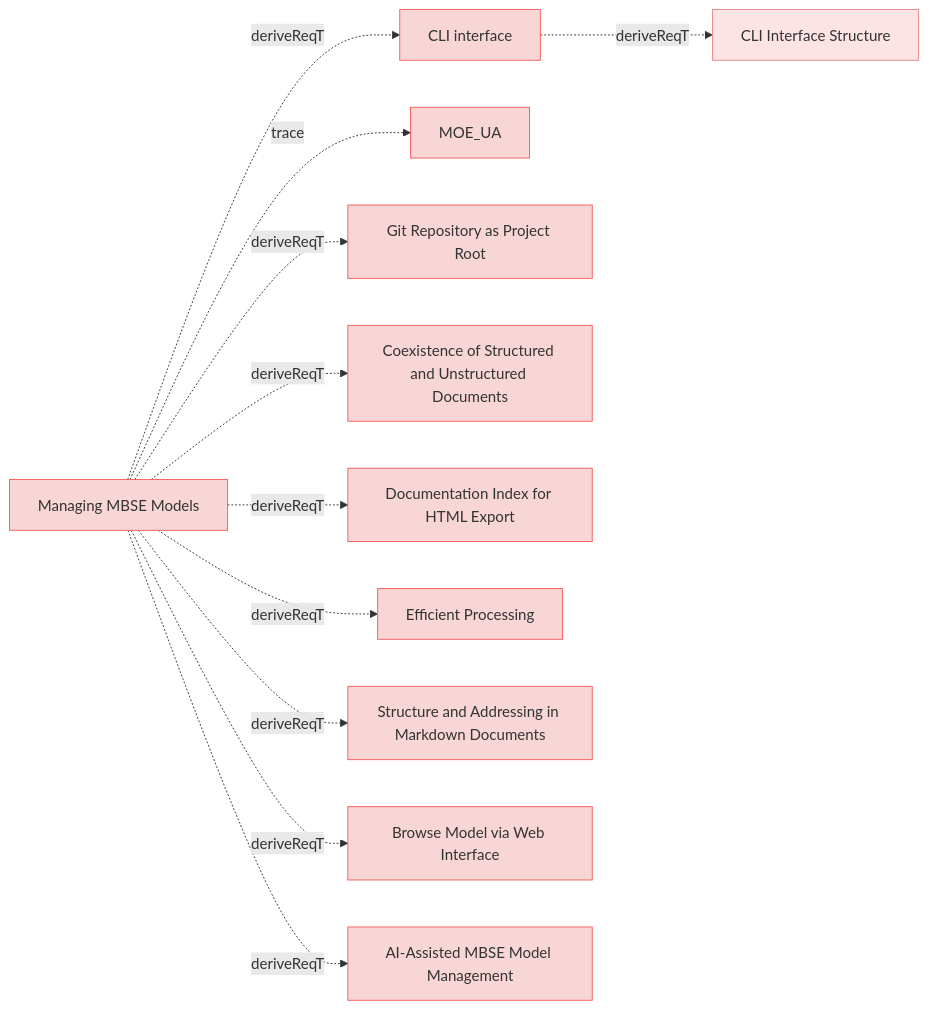
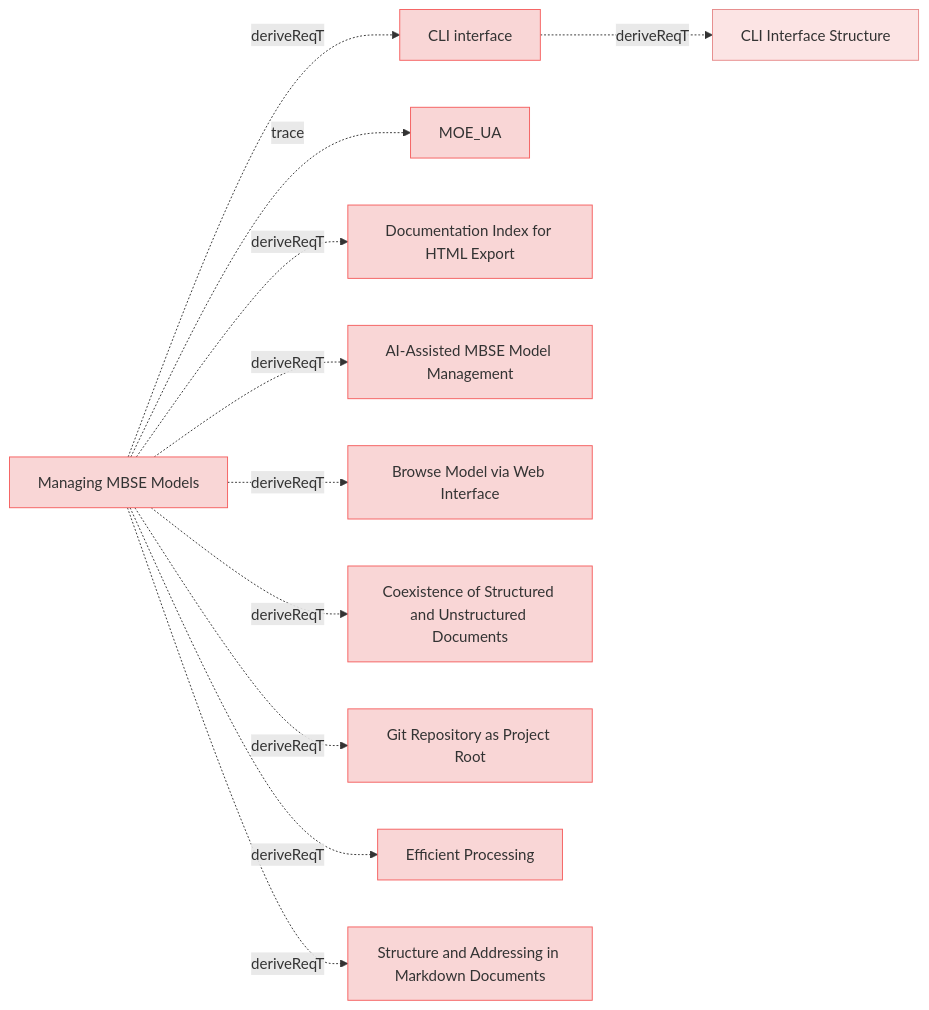
The ninth of 9 diagrams in specifications/UserRequirements.md (reqvire-org/reqvire), drawn with Mermaid before and after one commit. The commit also changed other lines of this file and 81 other files, not shown here.

````diff
--- a/specifications/UserRequirements.md
+++ b/specifications/UserRequirements.md
@@ -1115,53 +1115,53 @@
 ```mermaid
 graph LR;
   %% REQVIRE-AUTOGENERATED-DIAGRAM
   %% Graph styling
   classDef userRequirement fill:#f9d6d6,stroke:#f55f5f,stroke-width:1px;
   classDef systemRequirement fill:#fce4e4,stroke:#e68a8a,stroke-width:1px;
   classDef verification fill:#d6f9d6,stroke:#5fd75f,stroke-width:1px;
   classDef default fill:#f5f5f5,stroke:#333333,stroke-width:1px;
 
   f28849d46c19af44["CLI interface"];
   class f28849d46c19af44 userRequirement;
   click f28849d46c19af44 "UserRequirements.md#cli-interface";
   8f22faacdb454b23["CLI Interface Structure"];
   class 8f22faacdb454b23 systemRequirement;
   click 8f22faacdb454b23 "SystemRequirements/Requirements.md#cli-interface-structure";
   f28849d46c19af44 -.->|deriveReqT| 8f22faacdb454b23;
   e61b7c1baa89bfc6["Managing MBSE Models"];
   class e61b7c1baa89bfc6 userRequirement;
   click e61b7c1baa89bfc6 "UserStories.md#managing-mbse-models";
   2c5f30f14e792200["MOE_UA"];
   class 2c5f30f14e792200 userRequirement;
   click 2c5f30f14e792200 "MOEs.md#moe_ua";
   e61b7c1baa89bfc6 -.->|trace| 2c5f30f14e792200;
+  2f4125edaacb1231["Documentation Index for HTML Export"];
+  class 2f4125edaacb1231 userRequirement;
+  click 2f4125edaacb1231 "UserRequirements.md#documentation-index-for-html-export";
+  e61b7c1baa89bfc6 -.->|deriveReqT| 2f4125edaacb1231;
   e61b7c1baa89bfc6 -.->|deriveReqT| f28849d46c19af44;
+  cd2d5dab49985ca2["AI-Assisted MBSE Model Management"];
+  class cd2d5dab49985ca2 userRequirement;
+  click cd2d5dab49985ca2 "UserStories.md#ai-assisted-mbse-model-management";
+  e61b7c1baa89bfc6 -.->|deriveReqT| cd2d5dab49985ca2;
+  a44b59684c593d1e["Browse Model via Web Interface"];
+  class a44b59684c593d1e userRequirement;
+  click a44b59684c593d1e "UserRequirements.md#browse-model-via-web-interface";
+  e61b7c1baa89bfc6 -.->|deriveReqT| a44b59684c593d1e;
+  f0d721424636370e["Coexistence of Structured and Unstructured Documents"];
+  class f0d721424636370e userRequirement;
+  click f0d721424636370e "ManagingMbseModelsRequirements.md#coexistence-of-structured-and-unstructured-documents";
+  e61b7c1baa89bfc6 -.->|deriveReqT| f0d721424636370e;
   649d72765b13e14f["Git Repository as Project Root"];
   class 649d72765b13e14f userRequirement;
   click 649d72765b13e14f "ManagingMbseModelsRequirements.md#git-repository-as-project-root";
   e61b7c1baa89bfc6 -.->|deriveReqT| 649d72765b13e14f;
-  f0d721424636370e["Coexistence of Structured and Unstructured Documents"];
-  class f0d721424636370e userRequirement;
-  click f0d721424636370e "ManagingMbseModelsRequirements.md#coexistence-of-structured-and-unstructured-documents";
-  e61b7c1baa89bfc6 -.->|deriveReqT| f0d721424636370e;
-  2f4125edaacb1231["Documentation Index for HTML Export"];
-  class 2f4125edaacb1231 userRequirement;
-  click 2f4125edaacb1231 "UserRequirements.md#documentation-index-for-html-export";
-  e61b7c1baa89bfc6 -.->|deriveReqT| 2f4125edaacb1231;
   d193d11c43776bec["Efficient Processing"];
   class d193d11c43776bec userRequirement;
   click d193d11c43776bec "ManagingMbseModelsRequirements.md#efficient-processing";
   e61b7c1baa89bfc6 -.->|deriveReqT| d193d11c43776bec;
   ade67c27bc5d3bbd["Structure and Addressing in Markdown Documents"];
   class ade67c27bc5d3bbd userRequirement;
   click ade67c27bc5d3bbd "SpecificationsRequirements.md#structure-and-addressing-in-markdown-documents";
   e61b7c1baa89bfc6 -.->|deriveReqT| ade67c27bc5d3bbd;
-  a44b59684c593d1e["Browse Model via Web Interface"];
-  class a44b59684c593d1e userRequirement;
-  click a44b59684c593d1e "UserRequirements.md#browse-model-via-web-interface";
-  e61b7c1baa89bfc6 -.->|deriveReqT| a44b59684c593d1e;
-  cd2d5dab49985ca2["AI-Assisted MBSE Model Management"];
-  class cd2d5dab49985ca2 userRequirement;
-  click cd2d5dab49985ca2 "UserStories.md#ai-assisted-mbse-model-management";
-  e61b7c1baa89bfc6 -.->|deriveReqT| cd2d5dab49985ca2;
 ```
````
